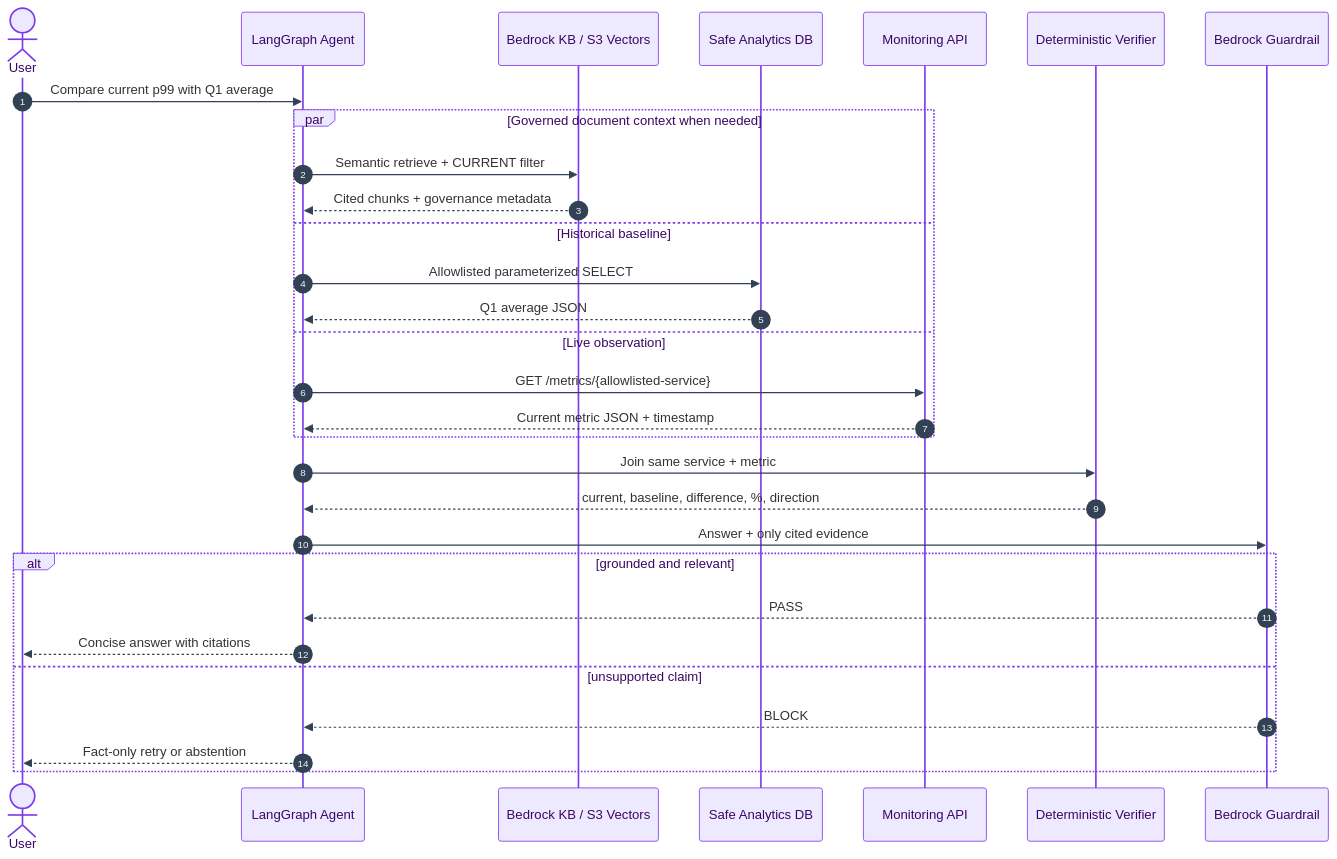
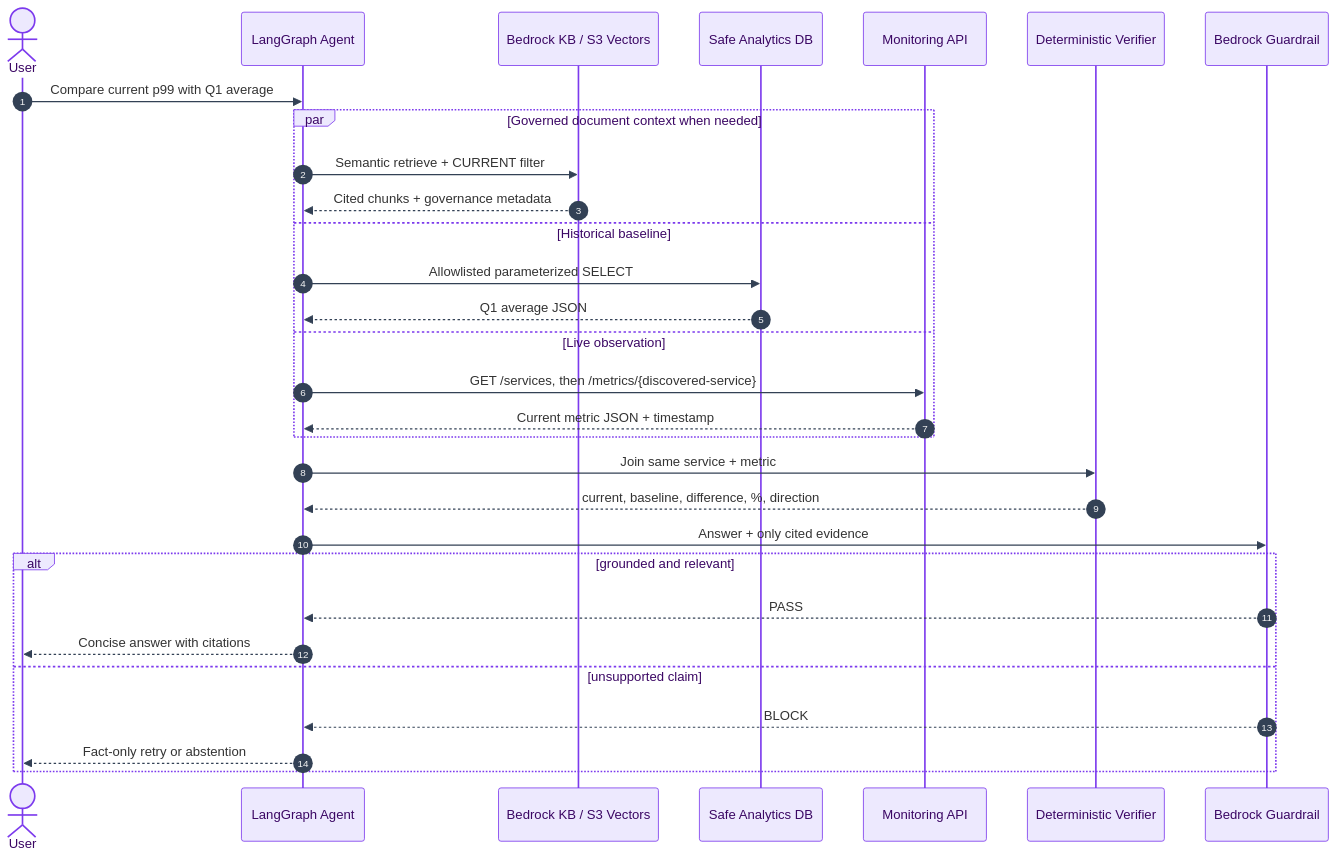
One commit to XUanhoa04/geekbrain-langgraph changed the second of 3 diagrams in docs/ARCHITECTURE.md. Above: the diagram before and after it, drawn with Mermaid. The commit also changed other lines of this file and 18 other files, not shown here.

````diff
--- a/docs/ARCHITECTURE.md
+++ b/docs/ARCHITECTURE.md
@@ -60,38 +60,38 @@
 ```mermaid
 %%{init: {"theme": "base", "themeVariables": {
   "actorBkg": "#ede9fe", "actorBorder": "#7c3aed",
   "actorTextColor": "#3b0764", "signalColor": "#334155",
   "activationBkgColor": "#cffafe", "activationBorderColor": "#0891b2"
 }}}%%
 sequenceDiagram
     autonumber
     actor User
     participant Agent as LangGraph Agent
     participant KB as Bedrock KB / S3 Vectors
     participant DB as Safe Analytics DB
     participant Mon as Monitoring API
     participant Derive as Deterministic Verifier
     participant GR as Bedrock Guardrail
 
     User->>Agent: Compare current p99 with Q1 average
     par Governed document context when needed
         Agent->>KB: Semantic retrieve + CURRENT filter
         KB-->>Agent: Cited chunks + governance metadata
     and Historical baseline
         Agent->>DB: Allowlisted parameterized SELECT
         DB-->>Agent: Q1 average JSON
     and Live observation
-        Agent->>Mon: GET /metrics/{allowlisted-service}
+        Agent->>Mon: GET /services, then /metrics/{discovered-service}
         Mon-->>Agent: Current metric JSON + timestamp
     end
     Agent->>Derive: Join same service + metric
     Derive-->>Agent: current, baseline, difference, %, direction
     Agent->>GR: Answer + only cited evidence
     alt grounded and relevant
         GR-->>Agent: PASS
         Agent-->>User: Concise answer with citations
     else unsupported claim
         GR-->>Agent: BLOCK
         Agent-->>User: Fact-only retry or abstention
     end
 ```
````
